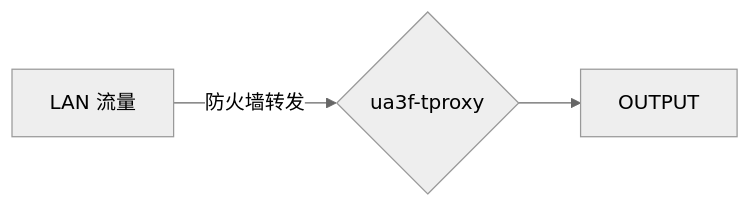
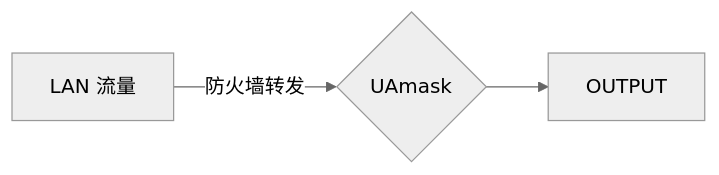
The first of 3 diagrams in README.md (Zesuy/UA-Mask), drawn with Mermaid (neutral theme) before and after one commit. The commit also changed other lines of this file, not shown here.

Commit message:
feat: 将项目名称更改为 UAmask，更新相关文档以反映新名称和功能改进

`````diff
--- a/README.md
+++ b/README.md
@@ -67,5 +47,5 @@
 ```mermaid
 graph LR
-    A[LAN 流量] --"防火墙转发"--> B{ua3f-tproxy}
-    B{ua3f-tproxy} --> C[OUTPUT]
-```
+    A[LAN 流量] --"防火墙转发"--> B{UAmask}
+    B{UAmask} --> C[OUTPUT]
+````
`````
